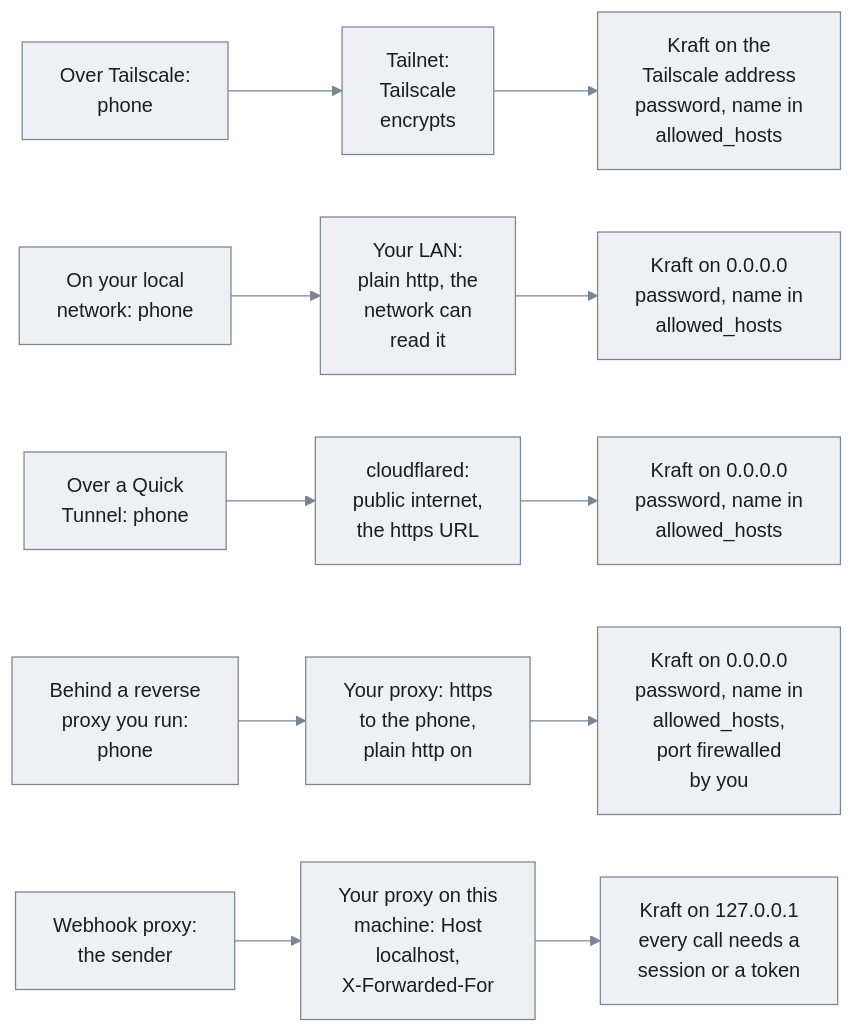
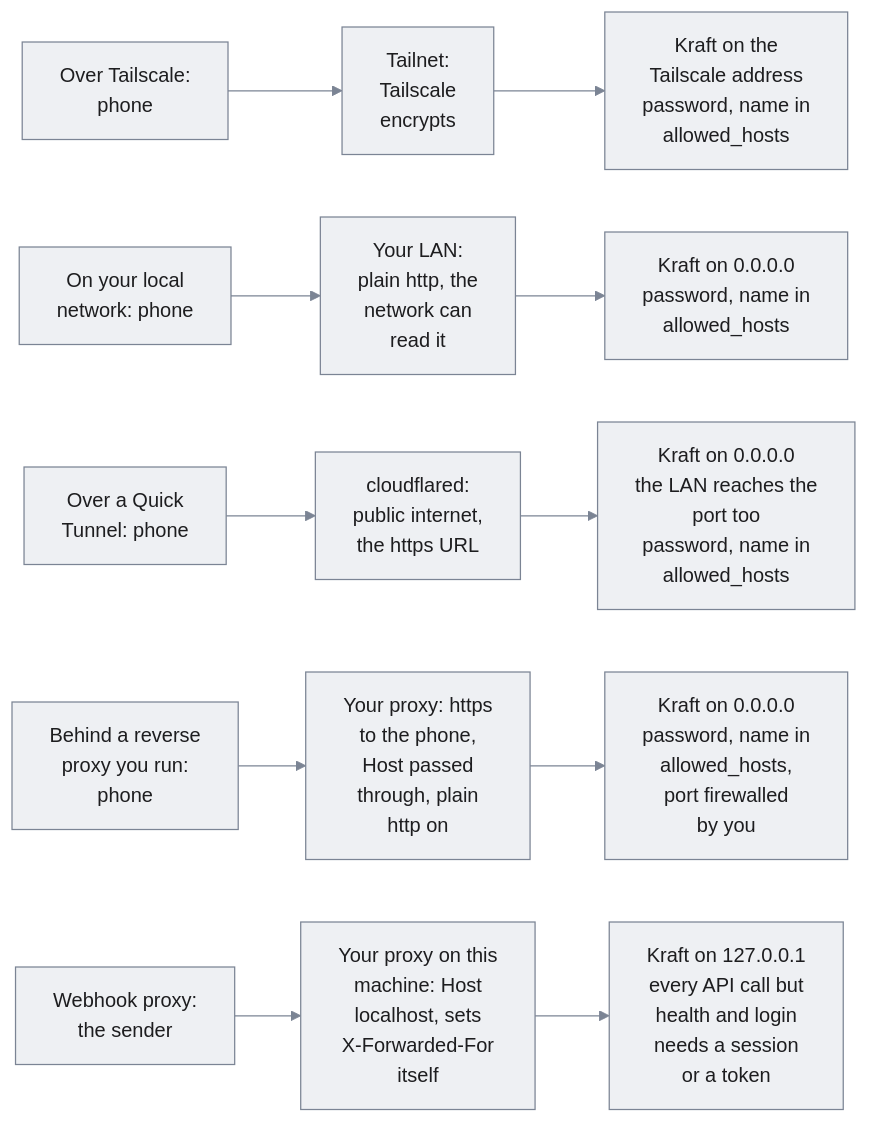
One commit to itsOmidKarami/kraft changed the diagram in docsite/diagrams/portrait/remote-ways.mmd. Above: the diagram before and after it, drawn with Mermaid (base theme). The commit also changed 4 other files, not shown here.

Commit message:
Docs: the remote-access picture says what the webhook proxy leaves open, and the caps picture says every scope reaches the stop

```diff
--- a/docsite/diagrams/portrait/remote-ways.mmd
+++ b/docsite/diagrams/portrait/remote-ways.mmd
@@ -1,10 +1,10 @@
 flowchart LR
   p1["Over Tailscale:<br/>phone"] --> m1["Tailnet:<br/>Tailscale<br/>encrypts"] --> k1["Kraft on the<br/>Tailscale address<br/>password, name in<br/>allowed_hosts"]
   p2["On your local<br/>network: phone"] --> m2["Your LAN:<br/>plain http, the<br/>network can<br/>read it"] --> k2["Kraft on 0.0.0.0<br/>password, name in<br/>allowed_hosts"]
-  p3["Over a Quick<br/>Tunnel: phone"] --> m3["cloudflared:<br/>public internet,<br/>the https URL"] --> k3["Kraft on 0.0.0.0<br/>password, name in<br/>allowed_hosts"]
-  p4["Behind a reverse<br/>proxy you run:<br/>phone"] --> m4["Your proxy: https<br/>to the phone,<br/>plain http on"] --> k4["Kraft on 0.0.0.0<br/>password, name in<br/>allowed_hosts,<br/>port firewalled<br/>by you"]
-  p5["Webhook proxy:<br/>the sender"] --> m5["Your proxy on this<br/>machine: Host<br/>localhost,<br/>X-Forwarded-For"] --> k5["Kraft on 127.0.0.1<br/>every call needs a<br/>session or a token"]
+  p3["Over a Quick<br/>Tunnel: phone"] --> m3["cloudflared:<br/>public internet,<br/>the https URL"] --> k3["Kraft on 0.0.0.0<br/>the LAN reaches the<br/>port too<br/>password, name in<br/>allowed_hosts"]
+  p4["Behind a reverse<br/>proxy you run:<br/>phone"] --> m4["Your proxy: https<br/>to the phone,<br/>Host passed<br/>through, plain<br/>http on"] --> k4["Kraft on 0.0.0.0<br/>password, name in<br/>allowed_hosts,<br/>port firewalled<br/>by you"]
+  p5["Webhook proxy:<br/>the sender"] --> m5["Your proxy on this<br/>machine: Host<br/>localhost, sets<br/>X-Forwarded-For<br/>itself"] --> k5["Kraft on 127.0.0.1<br/>every API call but<br/>health and login<br/>needs a session<br/>or a token"]
 
   classDef box fill:#eef0f3,stroke:#7b8494,color:#1d1d1f
   class p1,m1,k1,p2,m2,k2,p3,m3,k3,p4,m4,k4,p5,m5,k5 box
   linkStyle default stroke:#7b8494
```
